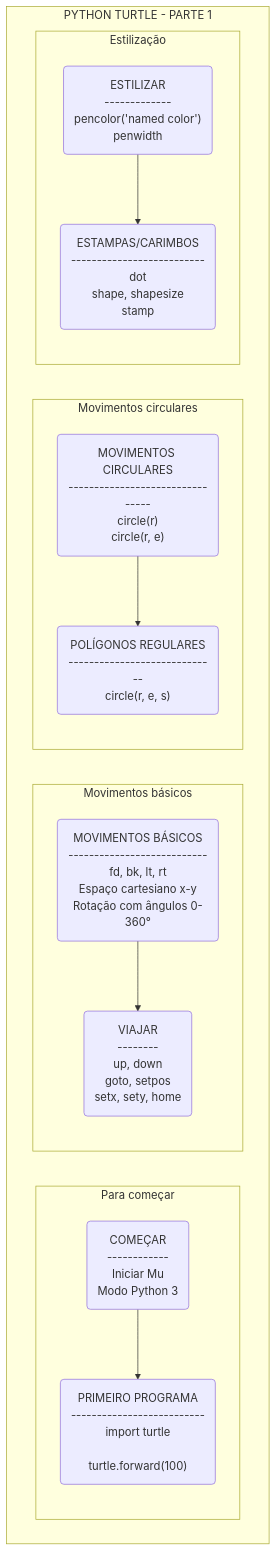
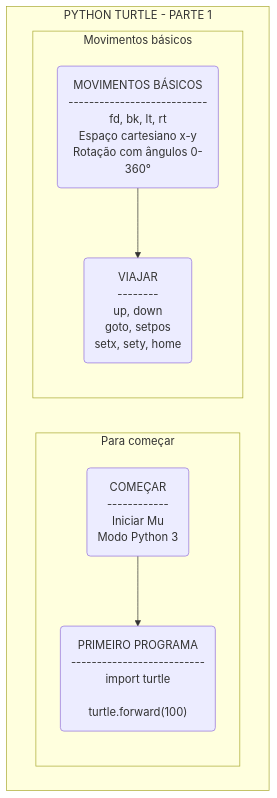
Before and after one commit to xbecas/init_python: the third of 5 diagrams in techtree.md, drawn with Mermaid.

Commit message:
Update techtree.md
Divisão Python Turtle - Parte 1 > Parte 2

````diff
--- a/techtree.md
+++ b/techtree.md
@@ -29,35 +29,21 @@
 ```mermaid
   graph TD
 
     subgraph "PYTHON TURTLE - PARTE 1"
 
       subgraph "Para começar"
         %% Python turtle
         Comecar("COMEÇAR<br>------------<br>Iniciar Mu<br>Modo Python 3")
         PrimeiroPrograma("PRIMEIRO PROGRAMA<br>--------------------------<br>import turtle<br><br>turtle.forward(100)")
         Comecar-->PrimeiroPrograma
       end
 
       subgraph "Movimentos básicos"
         %% Movimentos básicos
         MovimentoBasico("MOVIMENTOS BÁSICOS<br>---------------------------<br>fd, bk, lt, rt<br>Espaço cartesiano x-y<br>Rotação com ângulos 0-360°")
         Viajar("VIAJAR<br>--------<br>up, down<br>goto, setpos<br>setx, sety, home")
         MovimentoBasico-->Viajar
       end
       
-      subgraph "Movimentos circulares"
-        %% Movimentos circulares
-        MovimentoCircular("MOVIMENTOS CIRCULARES<br>--------------------------------<br>circle(r)<br>circle(r, e)")
-        PoligonosRegulares("POLÍGONOS REGULARES<br>-----------------------------<br>circle(r, e, s)")
-        MovimentoCircular-->PoligonosRegulares
-      end
-
-      subgraph "Estilização"
-        %% Estilização - cores e espessuras
-        Estilizar("ESTILIZAR<br>-------------<br>pencolor('named color')<br>penwidth")
-        Estampas("ESTAMPAS/CARIMBOS<br>--------------------------<br>dot<br>shape, shapesize<br>stamp")
-        Estilizar-->Estampas
-      end
-
     end
 ```
````
